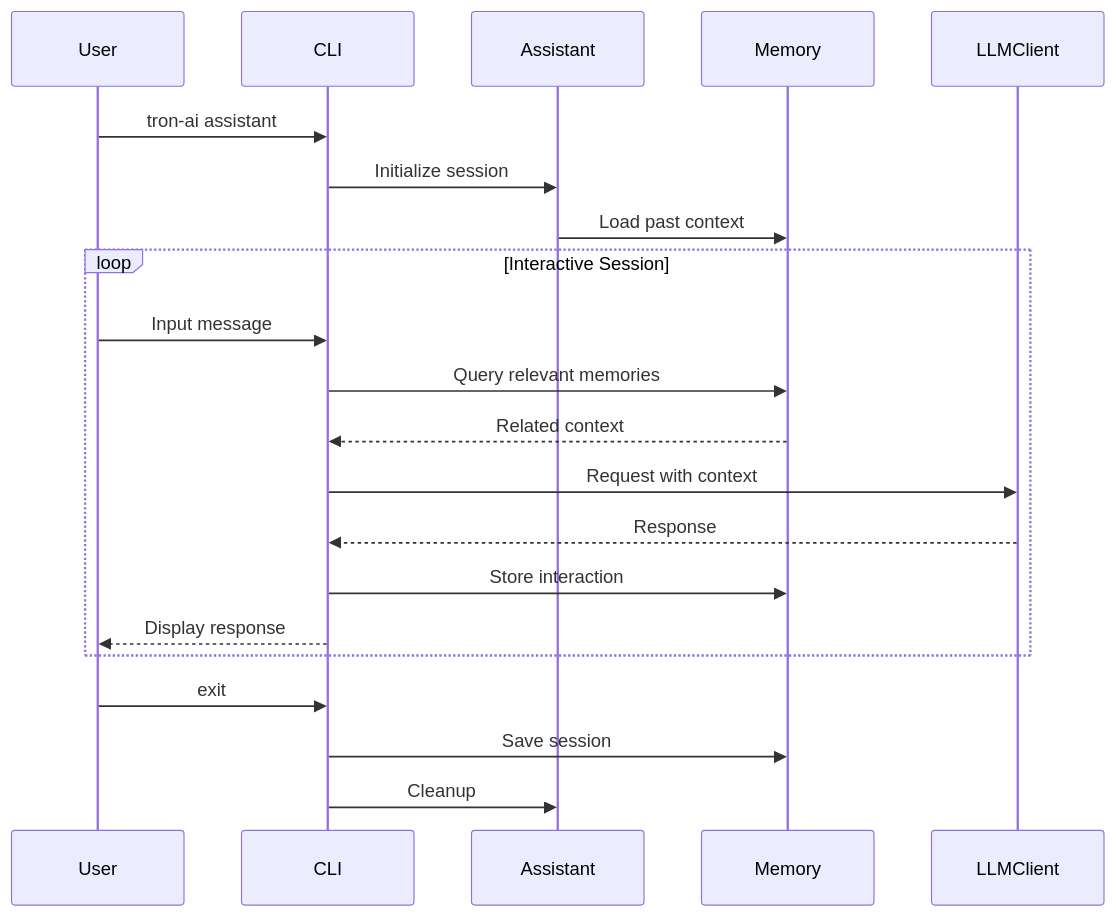
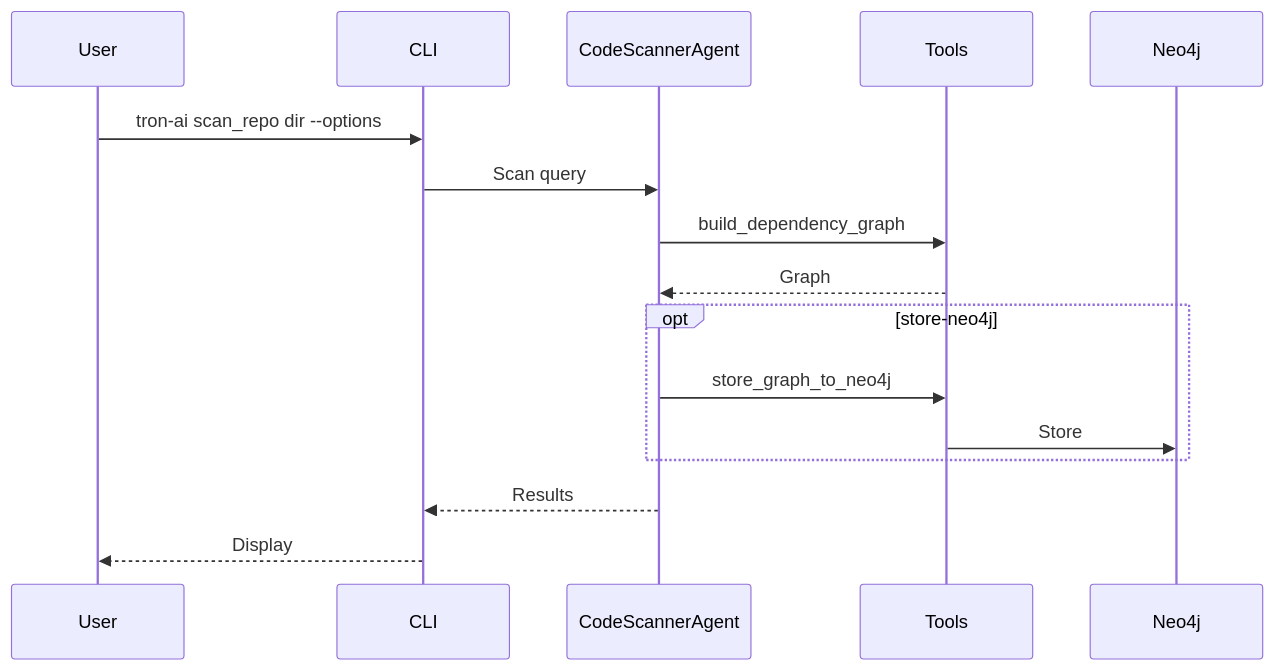
One commit to Bioto/tron-ai changed the fourth of 4 diagrams in docs/cli-guide.md. Above: the diagram before and after it, drawn with Mermaid. The commit also changed other lines of this file and 6 other files, not shown here.

````diff
--- a/docs/cli-guide.md
+++ b/docs/cli-guide.md
@@ -212,26 +226,19 @@
 ```mermaid
 sequenceDiagram
     participant User
     participant CLI
-    participant Assistant
-    participant Memory
-    participant LLMClient
+    participant CodeScannerAgent
+    participant Tools
+    participant Neo4j
     
-    User->>CLI: tron-ai assistant
-    CLI->>Assistant: Initialize session
-    Assistant->>Memory: Load past context
-    
-    loop Interactive Session
-        User->>CLI: Input message
-        CLI->>Memory: Query relevant memories
-        Memory-->>CLI: Related context
-        CLI->>LLMClient: Request with context
-        LLMClient-->>CLI: Response
-        CLI->>Memory: Store interaction
-        CLI-->>User: Display response
+    User->>CLI: tron-ai scan_repo dir --options
+    CLI->>CodeScannerAgent: Scan query
+    CodeScannerAgent->>Tools: build_dependency_graph
+    Tools-->>CodeScannerAgent: Graph
+    opt store-neo4j
+        CodeScannerAgent->>Tools: store_graph_to_neo4j
+        Tools->>Neo4j: Store
     end
-    
-    User->>CLI: exit
-    CLI->>Memory: Save session
-    CLI->>Assistant: Cleanup
+    CodeScannerAgent-->>CLI: Results
+    CLI-->>User: Display
 ```
````
